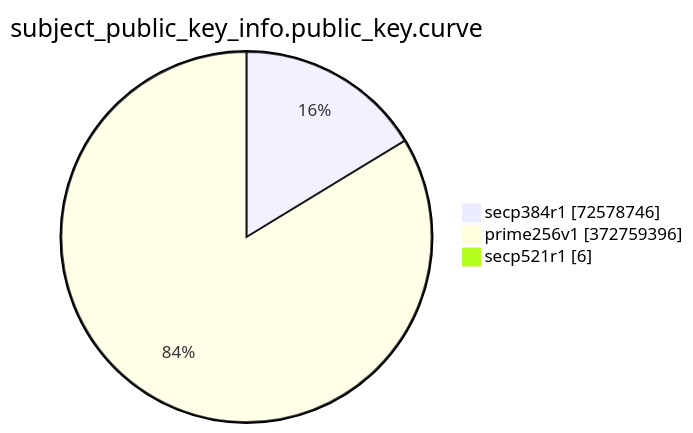
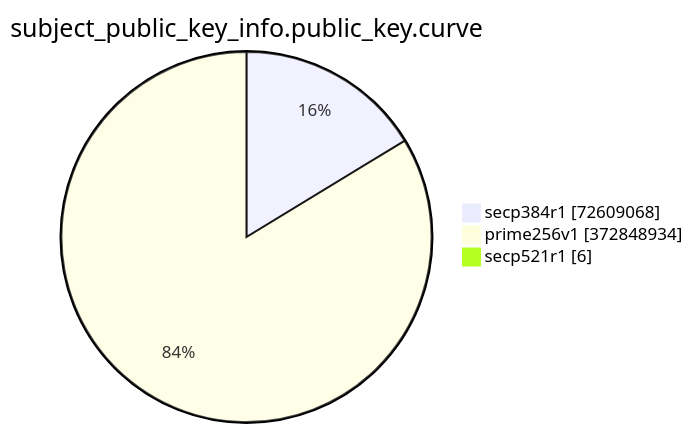
Before and after one commit to christiankrug/ctmonitor_visualization: the eighth of 15 diagrams in TOTAL/README.md, drawn with Mermaid. The commit also changed other lines of this file, not shown here.

````diff
--- a/TOTAL/README.md
+++ b/TOTAL/README.md
@@ -3092,7 +3092,7 @@
 ```mermaid
 pie showData
 title subject_public_key_info.public_key.curve
-"secp384r1" :72578746
-"prime256v1" :372759396
+"secp384r1" :72609068
+"prime256v1" :372848934
 "secp521r1" :6
 ```
````
